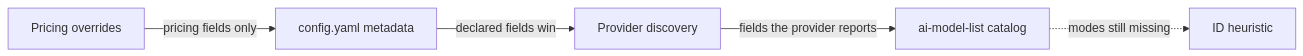
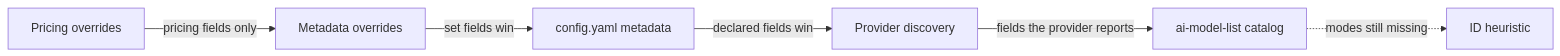
The diagram in docs/advanced/model-metadata.mdx (ENTERPILOT/GoModel), drawn with Mermaid before and after one commit. The commit also changed other lines of this file and 2 other files, not shown here.

Commit message:
docs(models): document dashboard metadata overrides

````diff
--- a/docs/advanced/model-metadata.mdx
+++ b/docs/advanced/model-metadata.mdx
@@ -13,7 +13,8 @@
 ```mermaid
 flowchart LR
-    A[Pricing overrides] -->|pricing fields only| B[config.yaml metadata]
+    A[Pricing overrides] -->|pricing fields only| M[Metadata overrides]
+    M -->|set fields win| B[config.yaml metadata]
     B -->|declared fields win| C[Provider discovery]
     C -->|fields the provider reports| D[ai-model-list catalog]
     D -.->|modes still missing| E[ID heuristic]
 ```
````
